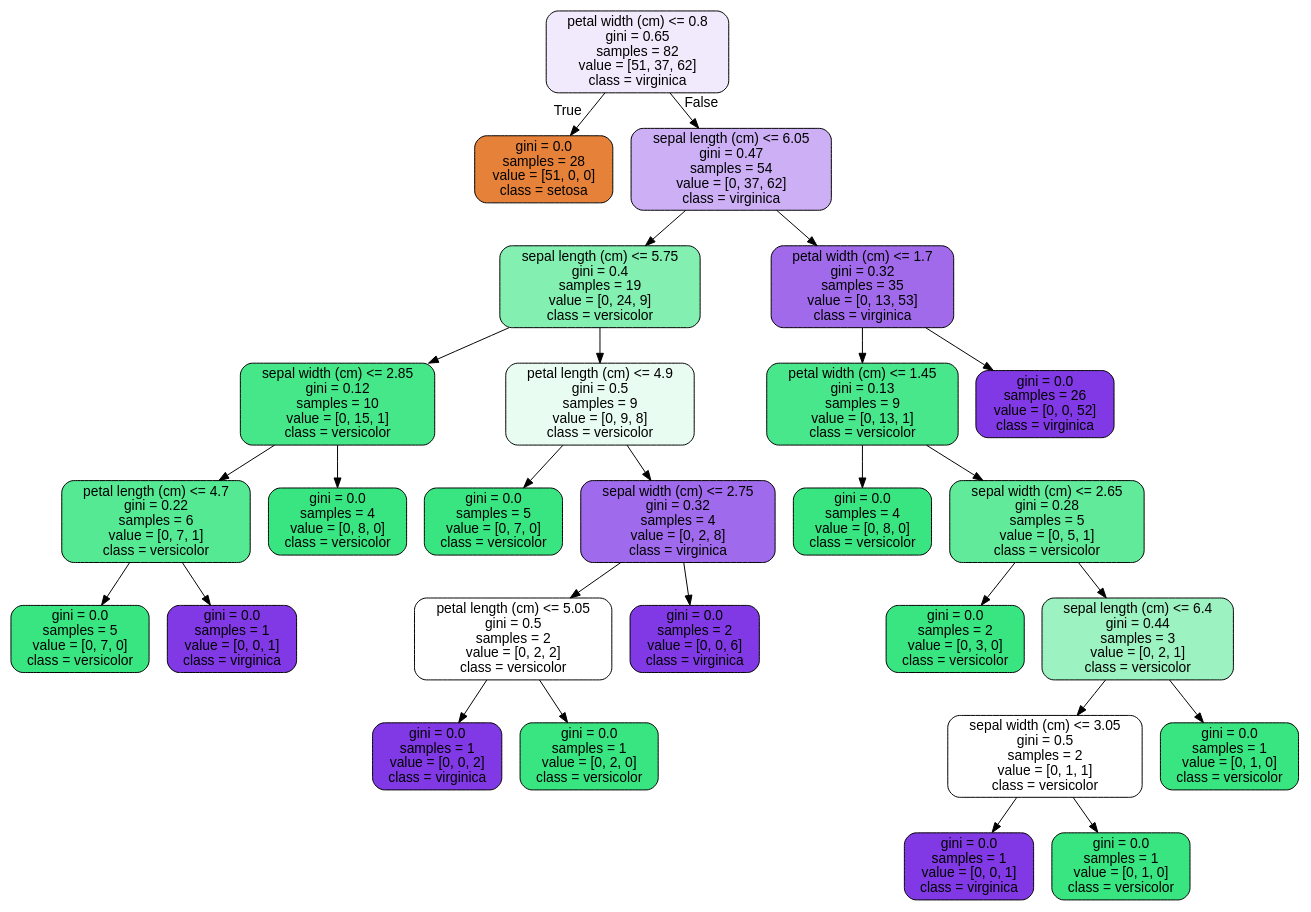
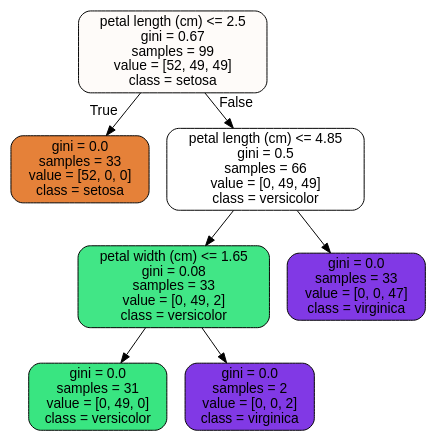
Before and after one commit to mlu004/SpringBoard-Projects: the diagram in Random Forest Covid Case Study/RandomForest Covid Case Study_06302020/tree.dot, drawn with Graphviz. The commit also changed 2 other files, not shown here.

```diff
--- a/Random Forest Covid Case Study/RandomForest Covid Case Study_06302020/tree.dot
+++ b/Random Forest Covid Case Study/RandomForest Covid Case Study_06302020/tree.dot
@@ -1,57 +1,17 @@
 digraph Tree {
 node [shape=box, style="filled, rounded", color="black", fontname=helvetica] ;
 edge [fontname=helvetica] ;
-0 [label="petal width (cm) <= 0.8\ngini = 0.65\nsamples = 82\nvalue = [51, 37, 62]\nclass = virginica", fillcolor="#f1e9fc"] ;
-1 [label="gini = 0.0\nsamples = 28\nvalue = [51, 0, 0]\nclass = setosa", fillcolor="#e58139"] ;
+0 [label="petal length (cm) <= 2.5\ngini = 0.67\nsamples = 99\nvalue = [52, 49, 49]\nclass = setosa", fillcolor="#fefbf9"] ;
+1 [label="gini = 0.0\nsamples = 33\nvalue = [52, 0, 0]\nclass = setosa", fillcolor="#e58139"] ;
 0 -> 1 [labeldistance=2.5, labelangle=45, headlabel="True"] ;
-2 [label="sepal length (cm) <= 6.05\ngini = 0.47\nsamples = 54\nvalue = [0, 37, 62]\nclass = virginica", fillcolor="#ccaff5"] ;
+2 [label="petal length (cm) <= 4.85\ngini = 0.5\nsamples = 66\nvalue = [0, 49, 49]\nclass = versicolor", fillcolor="#ffffff"] ;
 0 -> 2 [labeldistance=2.5, labelangle=-45, headlabel="False"] ;
-3 [label="sepal length (cm) <= 5.75\ngini = 0.4\nsamples = 19\nvalue = [0, 24, 9]\nclass = versicolor", fillcolor="#83efb0"] ;
+3 [label="petal width (cm) <= 1.65\ngini = 0.08\nsamples = 33\nvalue = [0, 49, 2]\nclass = versicolor", fillcolor="#41e686"] ;
 2 -> 3 ;
-4 [label="sepal width (cm) <= 2.85\ngini = 0.12\nsamples = 10\nvalue = [0, 15, 1]\nclass = versicolor", fillcolor="#46e789"] ;
+4 [label="gini = 0.0\nsamples = 31\nvalue = [0, 49, 0]\nclass = versicolor", fillcolor="#39e581"] ;
 3 -> 4 ;
-5 [label="petal length (cm) <= 4.7\ngini = 0.22\nsamples = 6\nvalue = [0, 7, 1]\nclass = versicolor", fillcolor="#55e993"] ;
-4 -> 5 ;
-6 [label="gini = 0.0\nsamples = 5\nvalue = [0, 7, 0]\nclass = versicolor", fillcolor="#39e581"] ;
-5 -> 6 ;
-7 [label="gini = 0.0\nsamples = 1\nvalue = [0, 0, 1]\nclass = virginica", fillcolor="#8139e5"] ;
-5 -> 7 ;
-8 [label="gini = 0.0\nsamples = 4\nvalue = [0, 8, 0]\nclass = versicolor", fillcolor="#39e581"] ;
-4 -> 8 ;
-9 [label="petal length (cm) <= 4.9\ngini = 0.5\nsamples = 9\nvalue = [0, 9, 8]\nclass = versicolor", fillcolor="#e9fcf1"] ;
-3 -> 9 ;
-10 [label="gini = 0.0\nsamples = 5\nvalue = [0, 7, 0]\nclass = versicolor", fillcolor="#39e581"] ;
-9 -> 10 ;
-11 [label="sepal width (cm) <= 2.75\ngini = 0.32\nsamples = 4\nvalue = [0, 2, 8]\nclass = virginica", fillcolor="#a06aec"] ;
-9 -> 11 ;
-12 [label="petal length (cm) <= 5.05\ngini = 0.5\nsamples = 2\nvalue = [0, 2, 2]\nclass = versicolor", fillcolor="#ffffff"] ;
-11 -> 12 ;
-13 [label="gini = 0.0\nsamples = 1\nvalue = [0, 0, 2]\nclass = virginica", fillcolor="#8139e5"] ;
-12 -> 13 ;
-14 [label="gini = 0.0\nsamples = 1\nvalue = [0, 2, 0]\nclass = versicolor", fillcolor="#39e581"] ;
-12 -> 14 ;
-15 [label="gini = 0.0\nsamples = 2\nvalue = [0, 0, 6]\nclass = virginica", fillcolor="#8139e5"] ;
-11 -> 15 ;
-16 [label="petal width (cm) <= 1.7\ngini = 0.32\nsamples = 35\nvalue = [0, 13, 53]\nclass = virginica", fillcolor="#a06aeb"] ;
-2 -> 16 ;
-17 [label="petal width (cm) <= 1.45\ngini = 0.13\nsamples = 9\nvalue = [0, 13, 1]\nclass = versicolor", fillcolor="#48e78b"] ;
-16 -> 17 ;
-18 [label="gini = 0.0\nsamples = 4\nvalue = [0, 8, 0]\nclass = versicolor", fillcolor="#39e581"] ;
-17 -> 18 ;
-19 [label="sepal width (cm) <= 2.65\ngini = 0.28\nsamples = 5\nvalue = [0, 5, 1]\nclass = versicolor", fillcolor="#61ea9a"] ;
-17 -> 19 ;
-20 [label="gini = 0.0\nsamples = 2\nvalue = [0, 3, 0]\nclass = versicolor", fillcolor="#39e581"] ;
-19 -> 20 ;
-21 [label="sepal length (cm) <= 6.4\ngini = 0.44\nsamples = 3\nvalue = [0, 2, 1]\nclass = versicolor", fillcolor="#9cf2c0"] ;
-19 -> 21 ;
-22 [label="sepal width (cm) <= 3.05\ngini = 0.5\nsamples = 2\nvalue = [0, 1, 1]\nclass = versicolor", fillcolor="#ffffff"] ;
-21 -> 22 ;
-23 [label="gini = 0.0\nsamples = 1\nvalue = [0, 0, 1]\nclass = virginica", fillcolor="#8139e5"] ;
-22 -> 23 ;
-24 [label="gini = 0.0\nsamples = 1\nvalue = [0, 1, 0]\nclass = versicolor", fillcolor="#39e581"] ;
-22 -> 24 ;
-25 [label="gini = 0.0\nsamples = 1\nvalue = [0, 1, 0]\nclass = versicolor", fillcolor="#39e581"] ;
-21 -> 25 ;
-26 [label="gini = 0.0\nsamples = 26\nvalue = [0, 0, 52]\nclass = virginica", fillcolor="#8139e5"] ;
-16 -> 26 ;
+5 [label="gini = 0.0\nsamples = 2\nvalue = [0, 0, 2]\nclass = virginica", fillcolor="#8139e5"] ;
+3 -> 5 ;
+6 [label="gini = 0.0\nsamples = 33\nvalue = [0, 0, 47]\nclass = virginica", fillcolor="#8139e5"] ;
+2 -> 6 ;
 }
```
